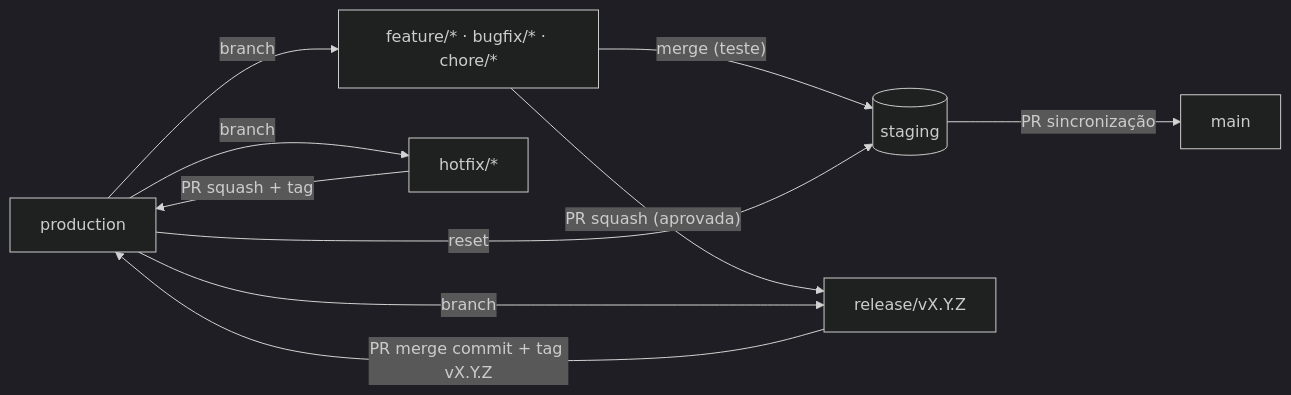
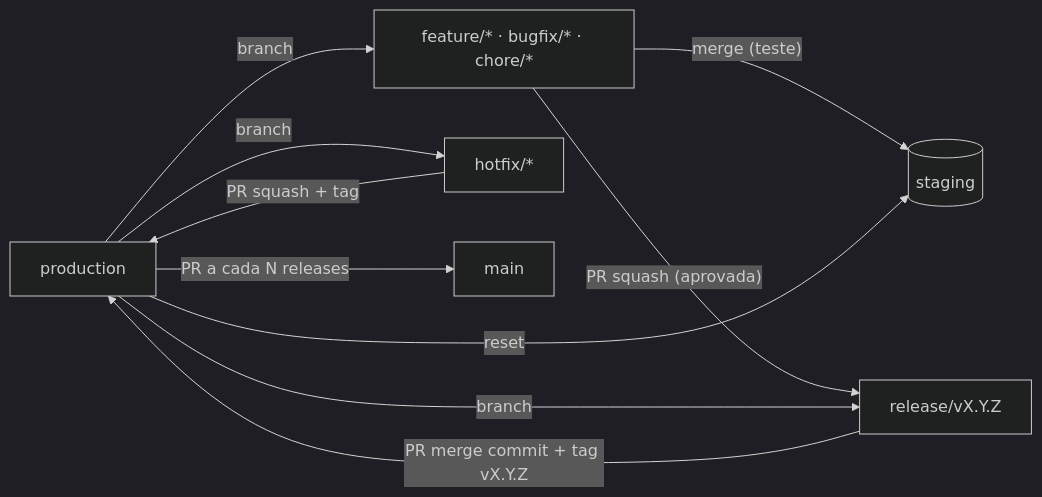
The diagram in GitFlow/README.md (uesleinasch/ConventionsCode), drawn with Mermaid (dark theme) before and after one commit. The commit also changed other lines of this file and 17 other files, not shown here.

First line of the commit message:
feat(gitflow): main recebe só backup de production a cada N releases

````diff
--- a/GitFlow/README.md
+++ b/GitFlow/README.md
@@ -28,12 +30,12 @@
 ```mermaid
 flowchart LR
     P[production] -- "branch" --> F["feature/* · bugfix/* · chore/*"]
     F -- "merge (teste)" --> S[(staging)]
     F -- "PR squash (aprovada)" --> R["release/vX.Y.Z"]
     P -- "branch" --> R
     R -- "PR merge commit + tag vX.Y.Z" --> P
     P -- "branch" --> H["hotfix/*"]
     H -- "PR squash + tag" --> P
     P -- "reset" --> S
-    S -- "PR sincronização" --> M[main]
+    P -- "PR a cada N releases" --> M[main]
 ```
````
